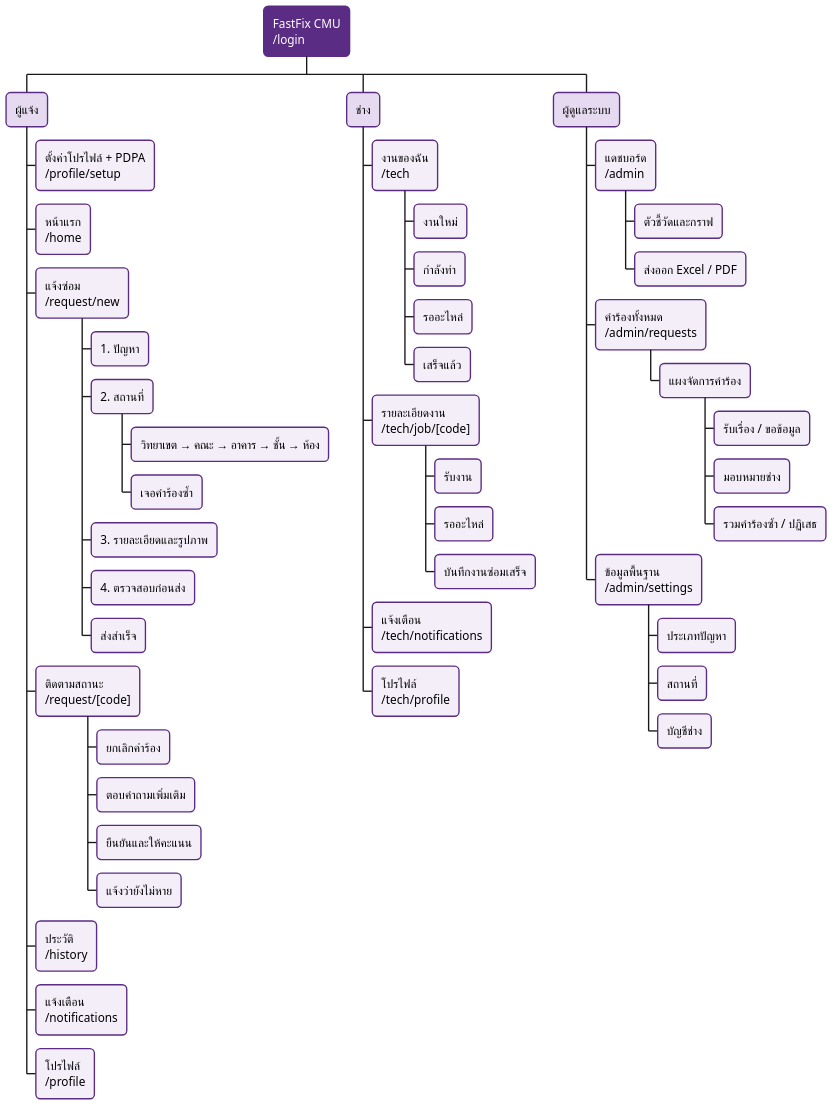
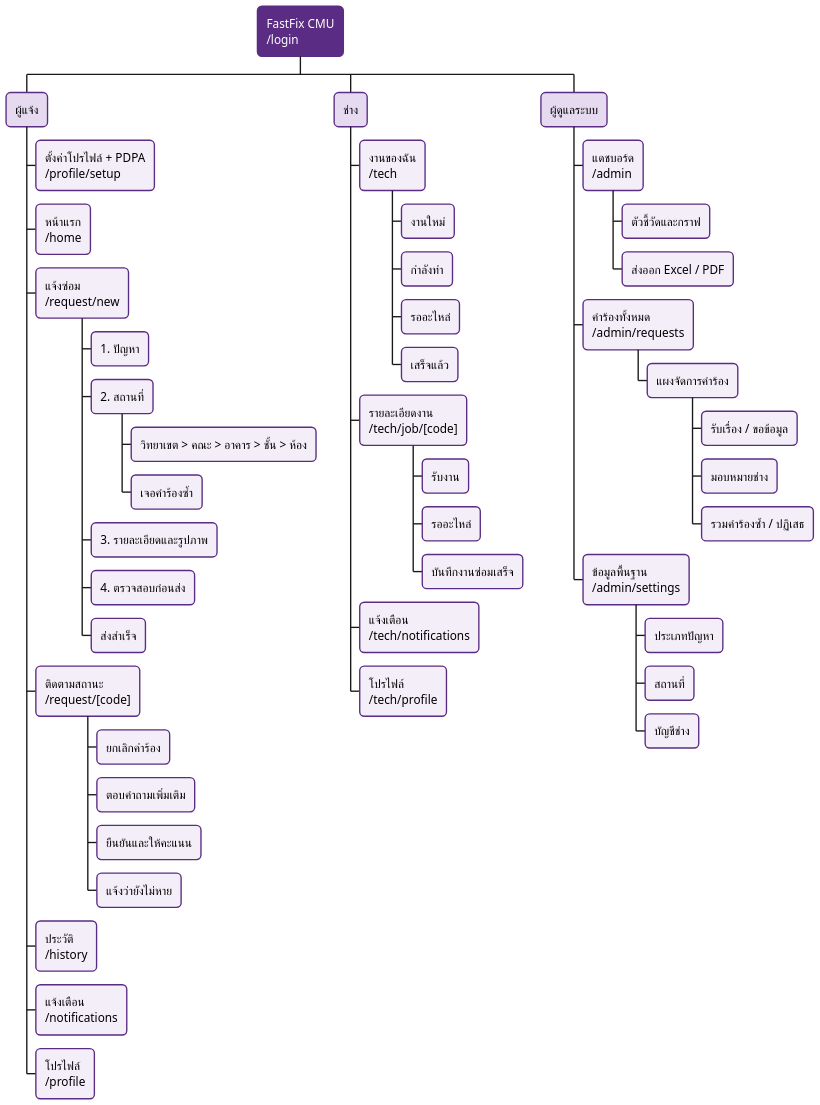
The diagram in report/diagrams/07-ia.puml (Nexzerf/SmartCMUMaintenanceSystem), drawn with PlantUML before and after one commit. The commit also changed 35 other files, not shown here.

```diff
--- a/report/diagrams/07-ia.puml
+++ b/report/diagrams/07-ia.puml
@@ -1,67 +1,67 @@
 @startwbs ia
 ' สถาปัตยกรรมสารสนเทศ (Sitemap) ตรงกับ route ของเว็บ
 skinparam defaultFontName "Leelawadee UI"
 skinparam defaultFontSize 13
 skinparam dpi 150
 <style>
 wbsDiagram {
   node {
     BackgroundColor #F4EEF9
     LineColor #5B2C83
     RoundCorner 10
   }
   :depth(0) {
     BackgroundColor #5B2C83
     FontColor white
   }
   :depth(1) {
     BackgroundColor #E6DAF0
   }
 }
 </style>
 * FastFix CMU\n/login
 ** ผู้แจ้ง
 *** ตั้งค่าโปรไฟล์ + PDPA\n/profile/setup
 *** หน้าแรก\n/home
 *** แจ้งซ่อม\n/request/new
 **** 1. ปัญหา
 **** 2. สถานที่
-***** วิทยาเขต → คณะ → อาคาร → ชั้น → ห้อง
+***** วิทยาเขต > คณะ > อาคาร > ชั้น > ห้อง
 ***** เจอคำร้องซ้ำ
 **** 3. รายละเอียดและรูปภาพ
 **** 4. ตรวจสอบก่อนส่ง
 **** ส่งสำเร็จ
 *** ติดตามสถานะ\n/request/[code]
 **** ยกเลิกคำร้อง
 **** ตอบคำถามเพิ่มเติม
 **** ยืนยันและให้คะแนน
 **** แจ้งว่ายังไม่หาย
 *** ประวัติ\n/history
 *** แจ้งเตือน\n/notifications
 *** โปรไฟล์\n/profile
 ** ช่าง
 *** งานของฉัน\n/tech
 **** งานใหม่
 **** กำลังทำ
 **** รออะไหล่
 **** เสร็จแล้ว
 *** รายละเอียดงาน\n/tech/job/[code]
 **** รับงาน
 **** รออะไหล่
 **** บันทึกงานซ่อมเสร็จ
 *** แจ้งเตือน\n/tech/notifications
 *** โปรไฟล์\n/tech/profile
 ** ผู้ดูแลระบบ
 *** แดชบอร์ด\n/admin
 **** ตัวชี้วัดและกราฟ
 **** ส่งออก Excel / PDF
 *** คำร้องทั้งหมด\n/admin/requests
 **** แผงจัดการคำร้อง
 ***** รับเรื่อง / ขอข้อมูล
 ***** มอบหมายช่าง
 ***** รวมคำร้องซ้ำ / ปฏิเสธ
 *** ข้อมูลพื้นฐาน\n/admin/settings
 **** ประเภทปัญหา
 **** สถานที่
 **** บัญชีช่าง
 @endwbs
```
